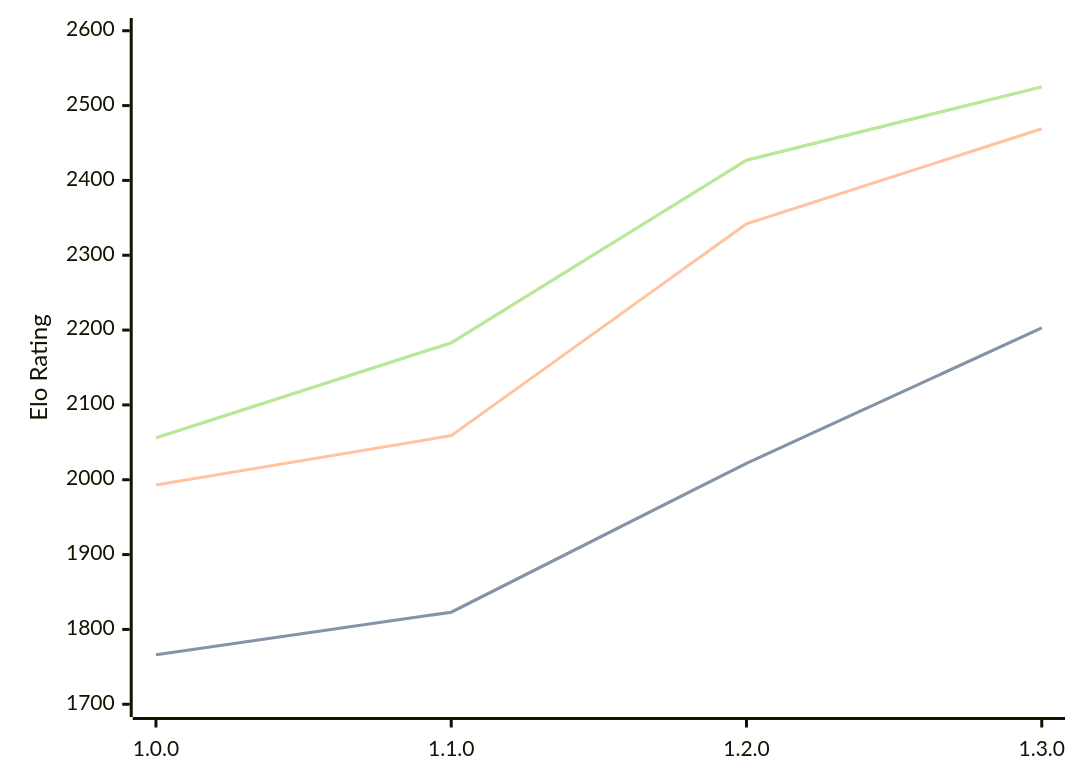
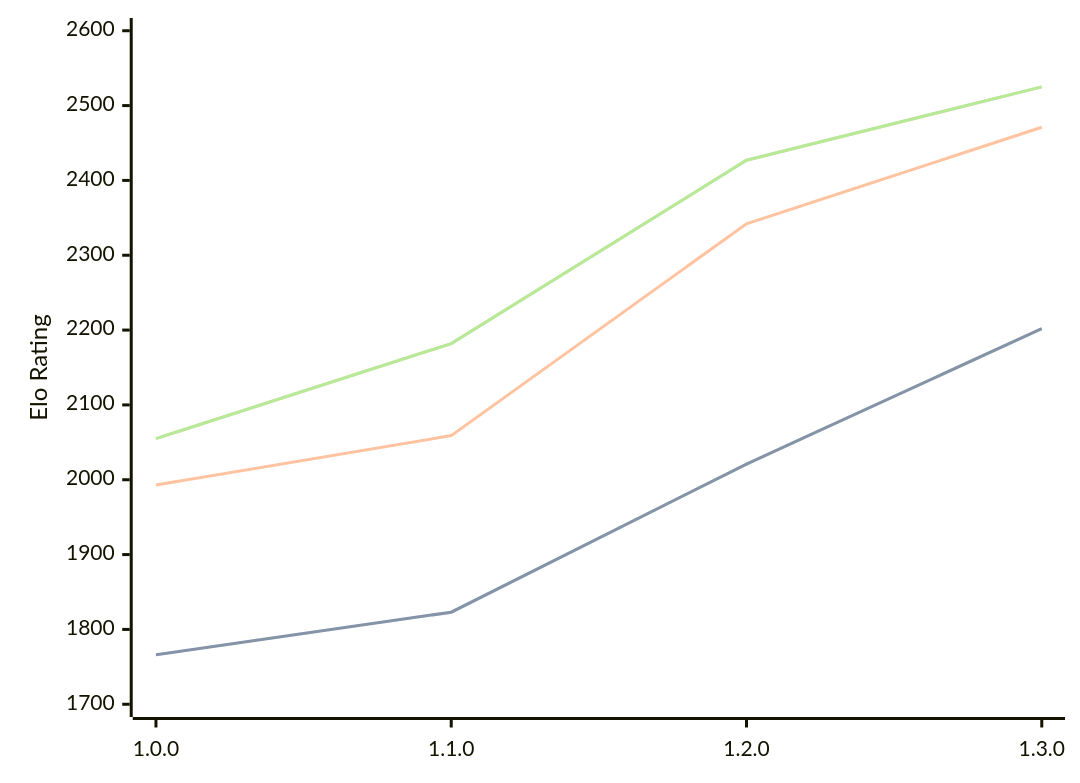
One commit to computer-chess-index/cci changed the diagram in engines/Anodos.md. Above: the diagram before and after it, drawn with Mermaid. The commit also changed other lines of this file, not shown here.

Commit message:
Update CCI Ratings (ELO VLTC) - 2026-03-30

````diff
--- a/engines/Anodos.md
+++ b/engines/Anodos.md
@@ -45,11 +45,11 @@
 ```mermaid
 %%{init: {"theme":"base","themeVariables":{"seriesColors:['#a3a3a3','#222221','#faa371']}}}%%
 xychart-beta
   x-axis ["1.0.0", "1.1.0", "1.2.0", "1.3.0"]
   y-axis "Elo Rating" 1700 --> 2600
-  line "STC (8.0+0.08s)" [1766, 1823, 2022, 2203]
-  line "STC (8.0+0.08s)" [1766, 1823, 2022, 2203]
-  line "LTC (60.0+0.60s)" [1993, 2059, 2342, 2469]
-  line "VLTC (2m24s+1.12s)" [2056, 2183, 2427, 2525]
-  line "VLTC (2m24s+1.12s)" [2056, 2183, 2427, 2525]
+  line "STC (8.0+0.08s)" [1766, 1823, 2021, 2202]
+  line "STC (8.0+0.08s)" [1766, 1823, 2021, 2202]
+  line "LTC (60.0+0.60s)" [1993, 2059, 2342, 2471]
+  line "VLTC (2m24s+1.12s)" [2055, 2182, 2427, 2525]
+  line "VLTC (2m24s+1.12s)" [2055, 2182, 2427, 2525]
 ```
````
